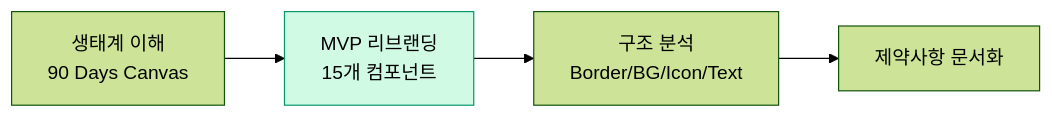
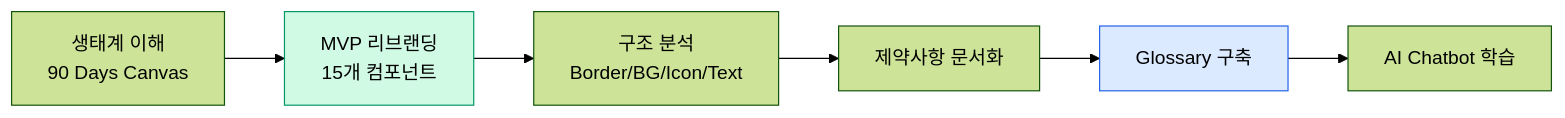
The first of 2 diagrams in docs/11-figma-tooling/07-community-demos.mdx (shaun0927/awesome-design-systems), drawn with Mermaid (forest theme) before and after one commit. The commit also changed other lines of this file and 54 other files, not shown here.

````diff
--- a/docs/11-figma-tooling/07-community-demos.mdx
+++ b/docs/11-figma-tooling/07-community-demos.mdx
@@ -32,8 +40,11 @@
 ```mermaid
 graph LR
     A["생태계 이해<br/>90 Days Canvas"] --> B["MVP 리브랜딩<br/>15개 컴포넌트"]
     B --> C["구조 분석<br/>Border/BG/Icon/Text"]
     C --> D["제약사항 문서화"]
+    D --> E["Glossary 구축"]
+    E --> F["AI Chatbot 학습"]
 
     style B fill:#d1fae5,stroke:#059669
+    style E fill:#dbeafe,stroke:#2563eb
 ```
````
